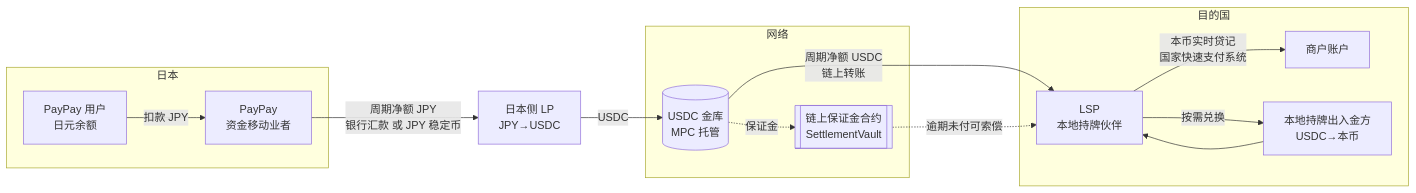
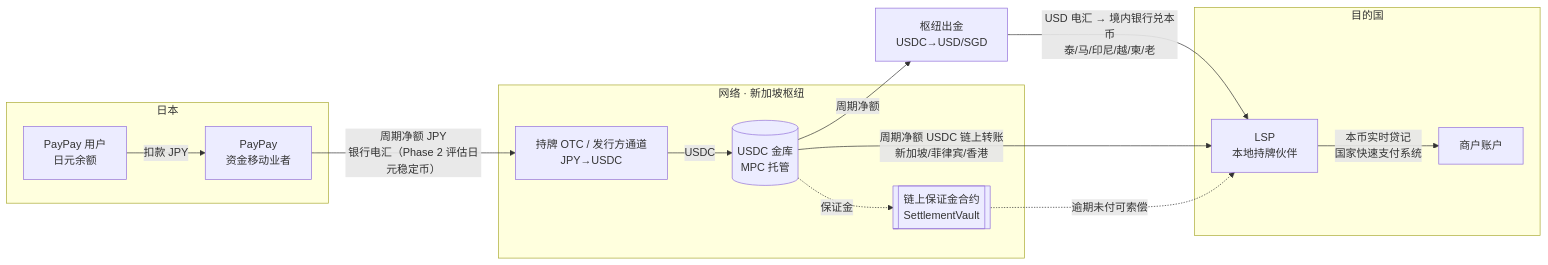
One commit to inspiryroy/roy changed the diagram in docs/04-stablecoin-settlement.md. Above: the diagram before and after it, drawn with Mermaid. The commit also changed other lines of this file and 9 other files, not shown here.

````diff
--- a/docs/04-stablecoin-settlement.md
+++ b/docs/04-stablecoin-settlement.md
@@ -33,20 +33,21 @@
 ```mermaid
 flowchart LR
     subgraph JP[日本]
       U[PayPay 用户<br/>日元余额] -->|扣款 JPY| PP[PayPay<br/>资金移动业者]
     end
-    subgraph NET[网络]
+    subgraph NET[网络 · 新加坡枢纽]
       T[(USDC 金库<br/>MPC 托管)]
       V[[链上保证金合约<br/>SettlementVault]]
+      LPJ[持牌 OTC / 发行方通道<br/>JPY→USDC]
     end
     subgraph SEA[目的国]
       L[LSP<br/>本地持牌伙伴] -->|本币实时贷记<br/>国家快速支付系统| S[商户账户]
-      OR[本地持牌出入金方<br/>USDC→本币] --> L
     end
-    PP -->|周期净额 JPY<br/>银行汇款 或 JPY 稳定币| LPJ[日本侧 LP<br/>JPY→USDC]
+    OFF[枢纽出金<br/>USDC→USD/SGD] -->|USD 电汇 → 境内银行兑本币<br/>泰/马/印尼/越/柬/老| L
+    PP -->|周期净额 JPY<br/>银行电汇（Phase 2 评估日元稳定币）| LPJ
     LPJ -->|USDC| T
-    T -->|周期净额 USDC<br/>链上转账| L
+    T -->|周期净额 USDC 链上转账<br/>新加坡/菲律宾/香港| L
+    T -->|周期净额| OFF
     T -.保证金.-> V
     V -.逾期未付可索偿.-> L
-    L -->|按需兑换| OR
 ```
````
